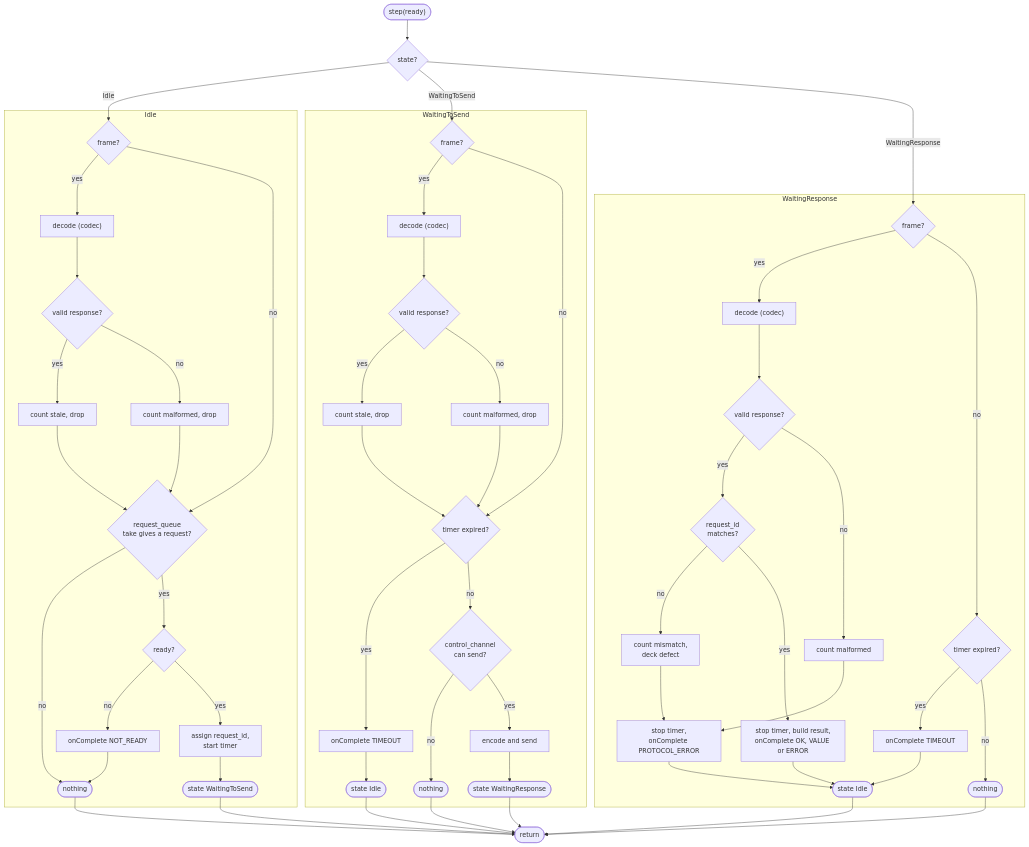
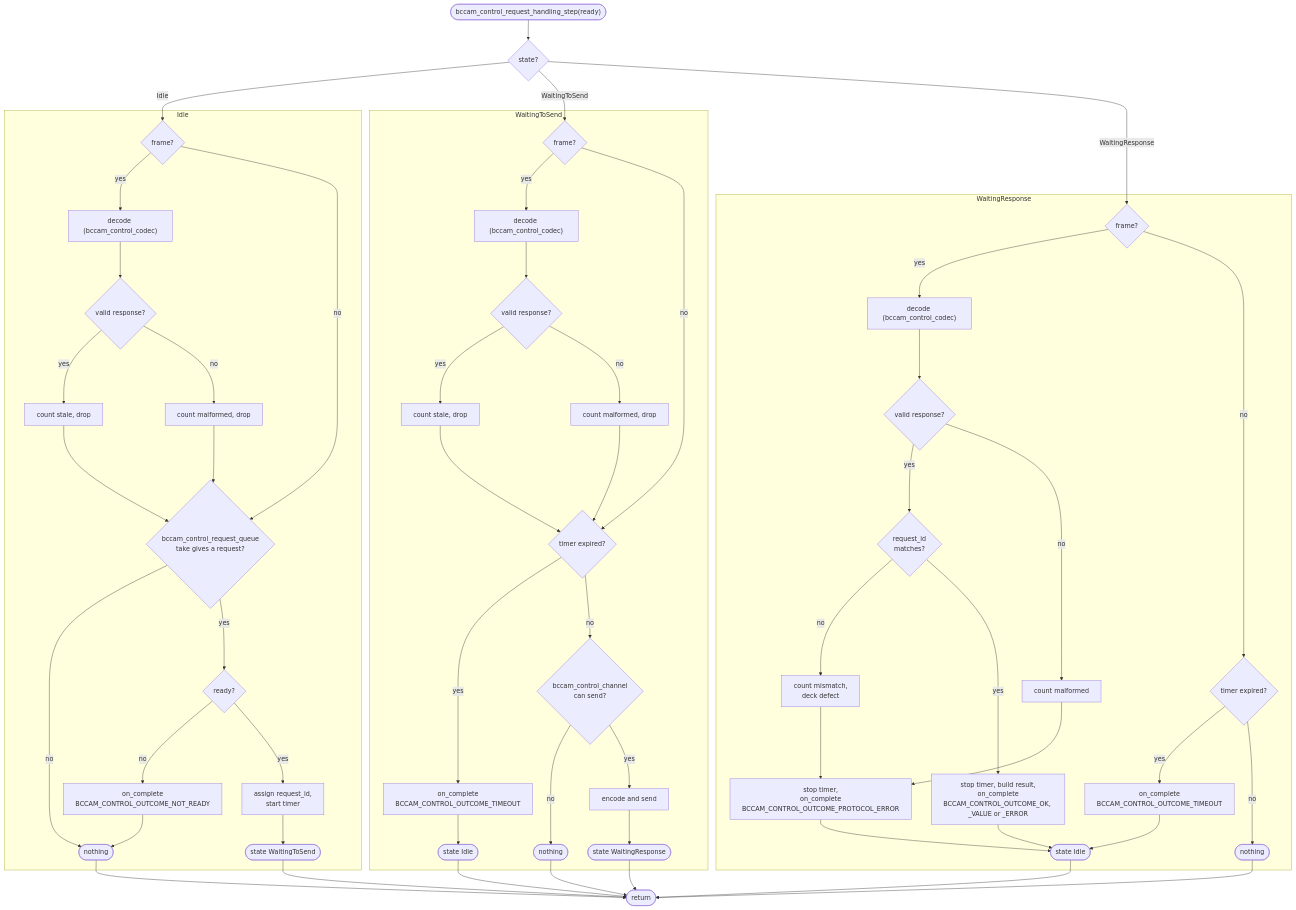
One commit to bitcraze/crazyflie-firmware changed the eighth of 9 diagrams in docs/functional-areas/camera-deck-control.md. Above: the diagram before and after it, drawn with Mermaid. The commit also changed other lines of this file, not shown here.

````diff
--- a/docs/functional-areas/camera-deck-control.md
+++ b/docs/functional-areas/camera-deck-control.md
@@ -603,17 +627,17 @@
 ```mermaid
 flowchart TD
-    s0(["step(ready)"])
+    s0(["bccam_control_request_handling_step(ready)"])
     st{"state?"}
 
     subgraph idle ["Idle"]
         i0{"frame?"}
-        id["decode (codec)"]
+        id["decode (bccam_control_codec)"]
         i1{"valid response?"}
         im["count malformed, drop"]
         is["count stale, drop"]
-        i4{"request_queue<br/>take gives a request?"}
+        i4{"bccam_control_request_queue<br/>take gives a request?"}
         i5{"ready?"}
-        i6["onComplete NOT_READY"]
+        i6["on_complete<br/>BCCAM_CONTROL_OUTCOME_NOT_READY"]
         i7["assign request_id,<br/>start timer"]
         i8(["state WaitingToSend"])
         i9(["nothing"])
@@ -631,13 +655,13 @@
 
     subgraph send ["WaitingToSend"]
         w0f{"frame?"}
-        wd["decode (codec)"]
+        wd["decode (bccam_control_codec)"]
         w1{"valid response?"}
         wm["count malformed, drop"]
         ws["count stale, drop"]
         w4{"timer expired?"}
-        w5["onComplete TIMEOUT"]
-        w6{"control_channel<br/>can send?"}
+        w5["on_complete<br/>BCCAM_CONTROL_OUTCOME_TIMEOUT"]
+        w6{"bccam_control_channel<br/>can send?"}
         w7["encode and send"]
         w8(["state Idle"])
         w9(["state WaitingResponse"])
@@ -656,15 +680,15 @@
 
     subgraph resp ["WaitingResponse"]
         p0{"frame?"}
-        pd["decode (codec)"]
+        pd["decode (bccam_control_codec)"]
         p1{"valid response?"}
         pm["count malformed"]
         p4{"request_id<br/>matches?"}
         px["count mismatch,<br/>deck defect"]
-        pe["stop timer,<br/>onComplete PROTOCOL_ERROR"]
-        pc["stop timer, build result,<br/>onComplete OK, VALUE or ERROR"]
+        pe["stop timer,<br/>on_complete<br/>BCCAM_CONTROL_OUTCOME_PROTOCOL_ERROR"]
+        pc["stop timer, build result,<br/>on_complete<br/>BCCAM_CONTROL_OUTCOME_OK, _VALUE or _ERROR"]
         p6{"timer expired?"}
-        p7["onComplete TIMEOUT"]
+        p7["on_complete<br/>BCCAM_CONTROL_OUTCOME_TIMEOUT"]
         p8(["state Idle"])
         p9(["nothing"])
         p0 -- "yes" --> pd --> p1
````
